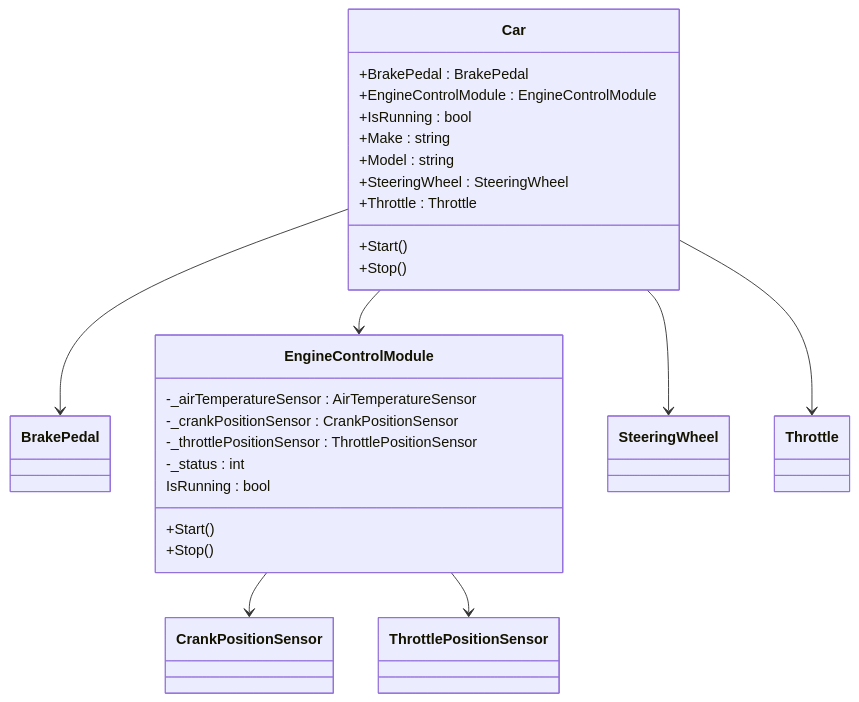
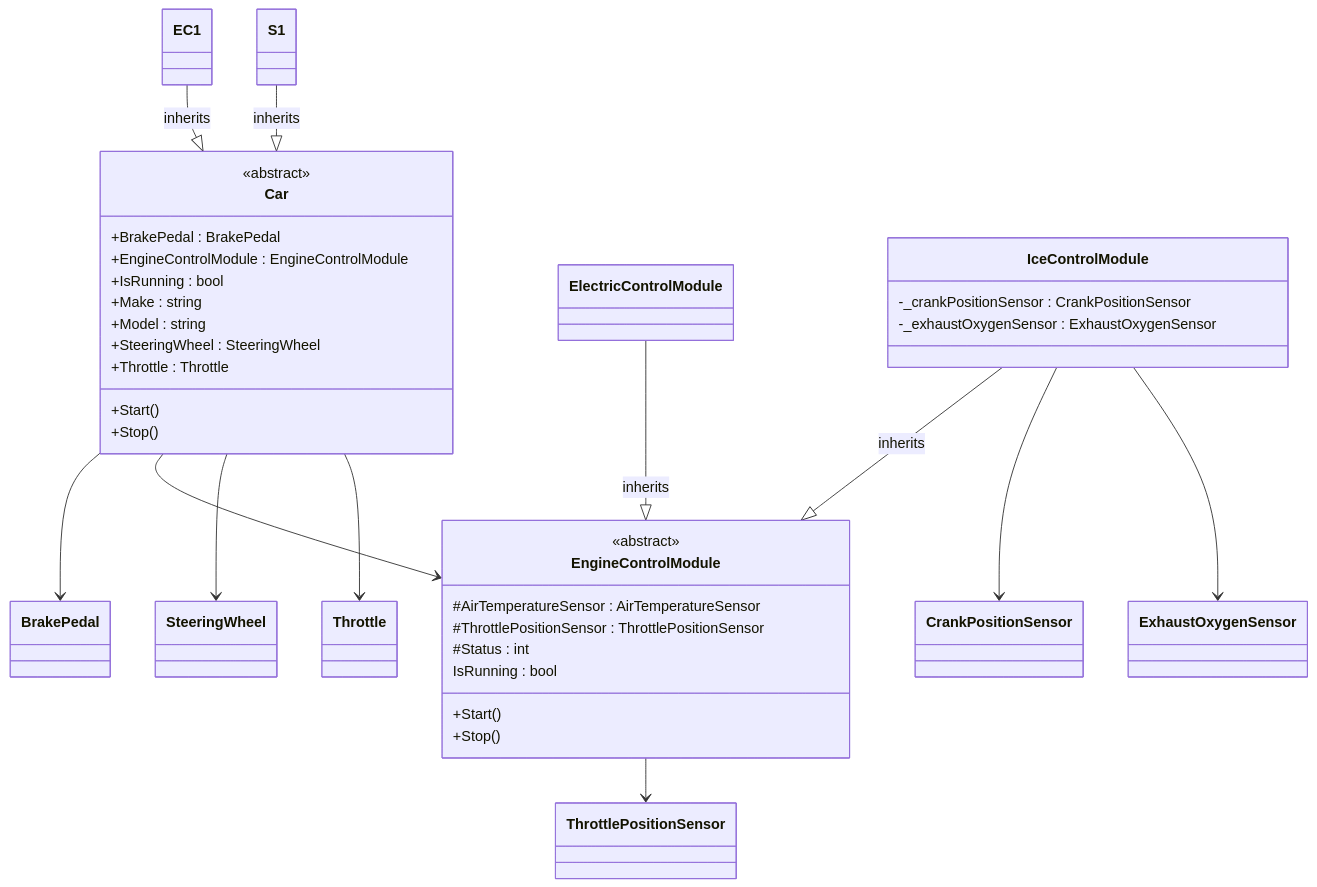
One commit to MelGrubb/ps-oo-cs10 changed the diagram in 03-pillars.md. Above: the diagram before and after it, drawn with Mermaid. The commit also changed 15 other files, not shown here.

````diff
--- a/03-pillars.md
+++ b/03-pillars.md
@@ -7,29 +7,50 @@
 ```mermaid
 classDiagram
+	class EC1 {
+	}
+	EC1 --|> Car : inherits
+
+	class S1 {
+	}
+	S1 --|> Car : inherits
+
 	class Car {
+		<<abstract>>
 		+BrakePedal : BrakePedal
 		+EngineControlModule : EngineControlModule
 		+IsRunning : bool
 		+Make : string
 		+Model : string
 		+SteeringWheel : SteeringWheel
 		+Throttle : Throttle
 		+Start()
 		+Stop()
 	}
 	Car --> BrakePedal
 	Car --> EngineControlModule
 	Car --> SteeringWheel
 	Car --> Throttle
+
+	class ElectricControlModule {
+	}
+	ElectricControlModule --|> EngineControlModule : inherits
+
+	class IceControlModule {
+		-_crankPositionSensor : CrankPositionSensor
+		-_exhaustOxygenSensor : ExhaustOxygenSensor
+	}
+	IceControlModule --|> EngineControlModule : inherits
+	IceControlModule --> CrankPositionSensor
+	IceControlModule --> ExhaustOxygenSensor
+
 	class EngineControlModule {
-		-_airTemperatureSensor : AirTemperatureSensor
-		-_crankPositionSensor : CrankPositionSensor
-		-_throttlePositionSensor : ThrottlePositionSensor
-		-_status : int
+		<<abstract>>
+		#AirTemperatureSensor : AirTemperatureSensor
+		#ThrottlePositionSensor : ThrottlePositionSensor
+		#Status : int
 		IsRunning : bool
 		+Start()
 		+Stop()
 	}
-	EngineControlModule --> CrankPositionSensor
 	EngineControlModule --> ThrottlePositionSensor
 ```
````
